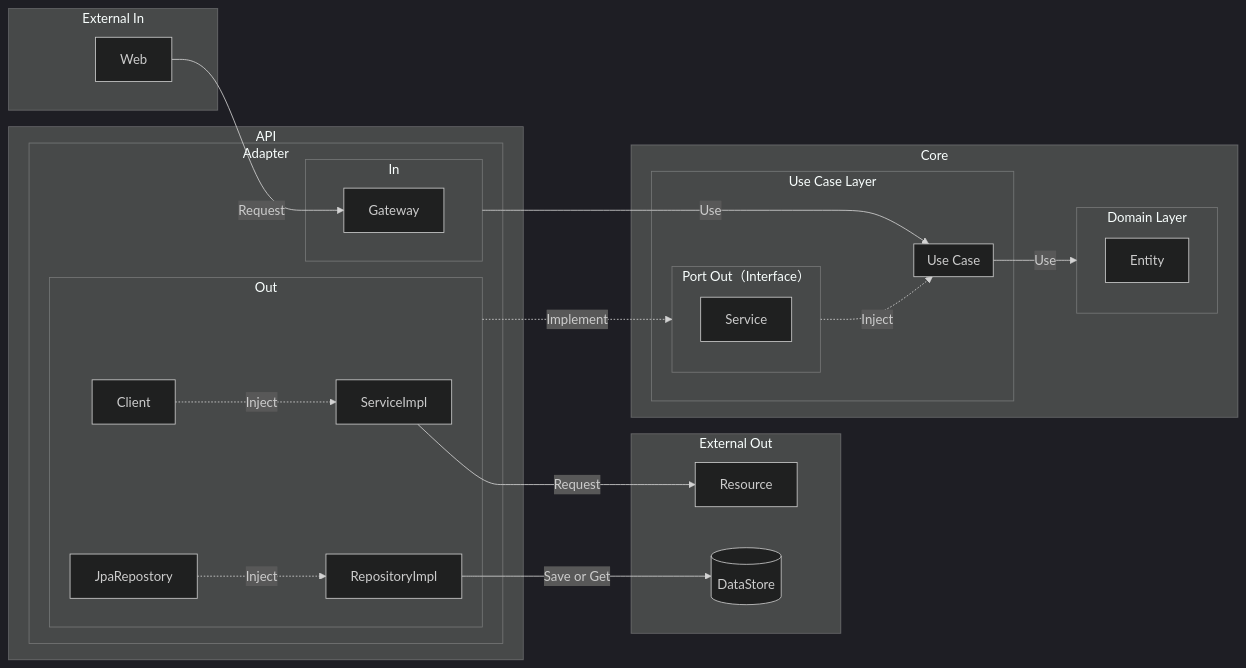
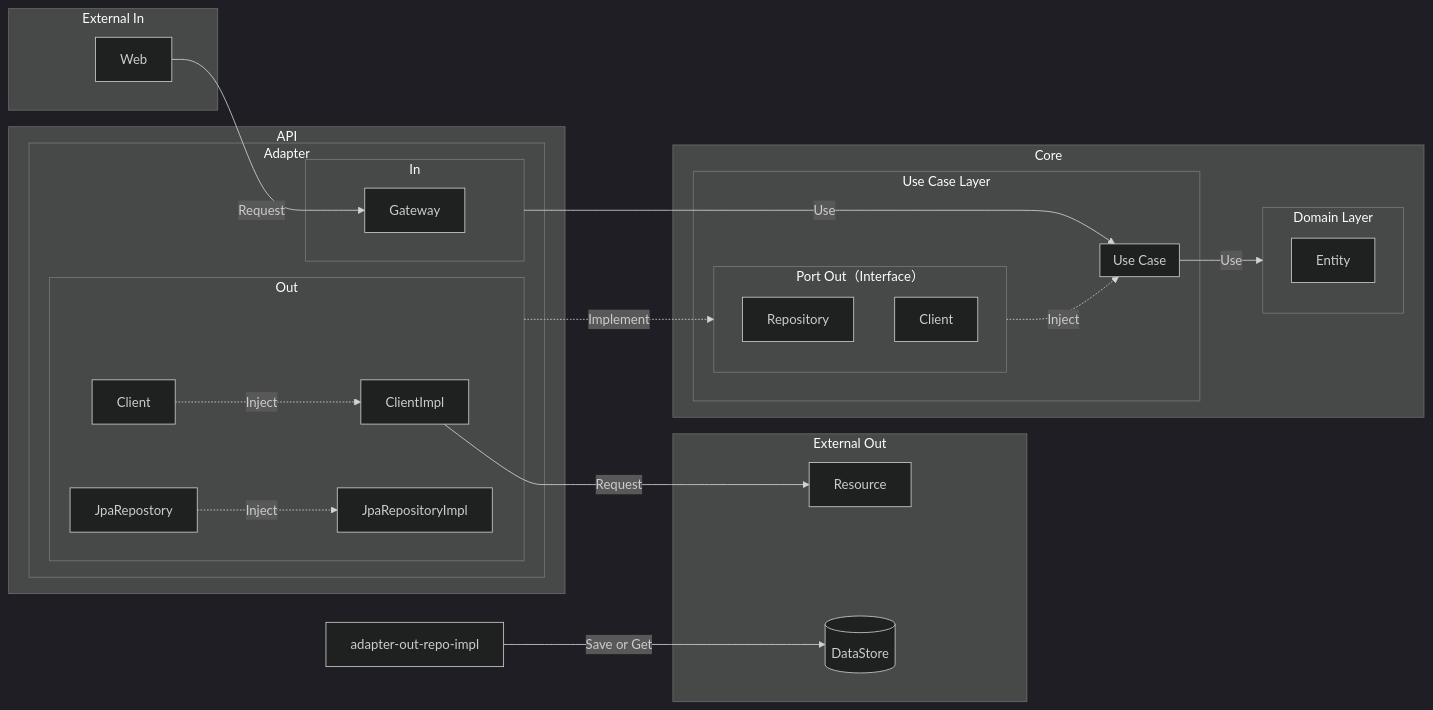
The diagram in README.md (axuanhogan/clean-architecture-implementation), drawn with Mermaid (dark theme) before and after one commit.

````diff
--- a/README.md
+++ b/README.md
@@ -10,51 +10,52 @@
 ```mermaid
 graph LR
 		
 	subgraph External Out
 		resource[Resource]
 		data-store[(DataStore)]
 	end
 		
 	subgraph External In
 		web[Web]
 	end
 	
 	subgraph api[API]
         subgraph adapter[Adapter]
             subgraph adapter-in[In]
                 adapter-in-gateway[Gateway]
             end
             subgraph adapter-out[Out]
-                adapter-out-service-impl[ServiceImpl]
-                adapter-out-repo-impl[RepositoryImpl]
+                adapter-out-client-impl[ClientImpl]
+                adapter-out-jpa-repo-impl[JpaRepositoryImpl]
                 adapter-out-client[Client]
                 adapter-out-jpa-repostory[JpaRepostory]
             end
         end
     end
 	
 	subgraph core[Core]
 		subgraph domain-layer[Domain Layer]
 			Entity
 		end
 		subgraph use-case-layer[Use Case Layer]
             subgraph port-out[Port Out（Interface）]
-                port-out-service[Service]
+                port-out-repo[Repository]
+                port-out-client[Client]
             end
             subgraph use-case[Use Case]
             end
 		end
 	end
 	
 	web -- Request --> adapter-in-gateway
 	
 	adapter-in -- Use --> use-case
 	use-case -- Use --> domain-layer
-	adapter-out-client -. Inject .-> adapter-out-service-impl
-	adapter-out-jpa-repostory -. Inject .-> adapter-out-repo-impl
+	adapter-out-client -. Inject .-> adapter-out-client-impl
+	adapter-out-jpa-repostory -. Inject .-> adapter-out-jpa-repo-impl
 	adapter-out -. Implement .-> port-out
 	port-out -. Inject .-> use-case
 	
 	adapter-out-repo-impl -- Save or Get --> data-store
-	adapter-out-service-impl -- Request --> resource
+	adapter-out-client-impl -- Request --> resource
 ```
````
